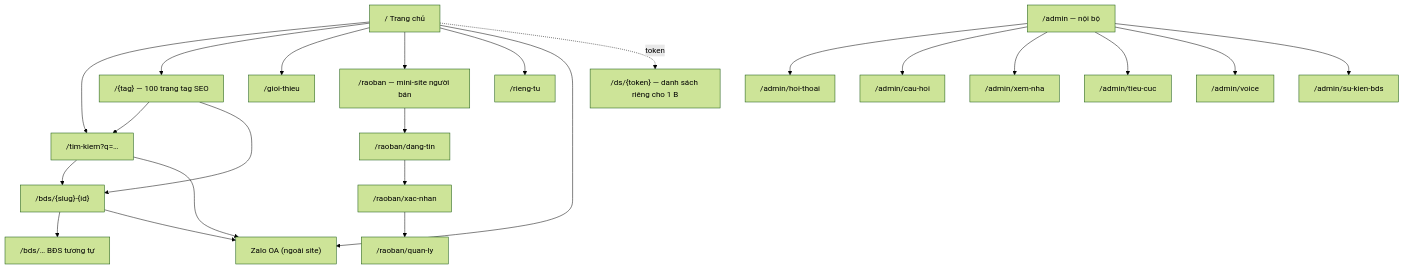
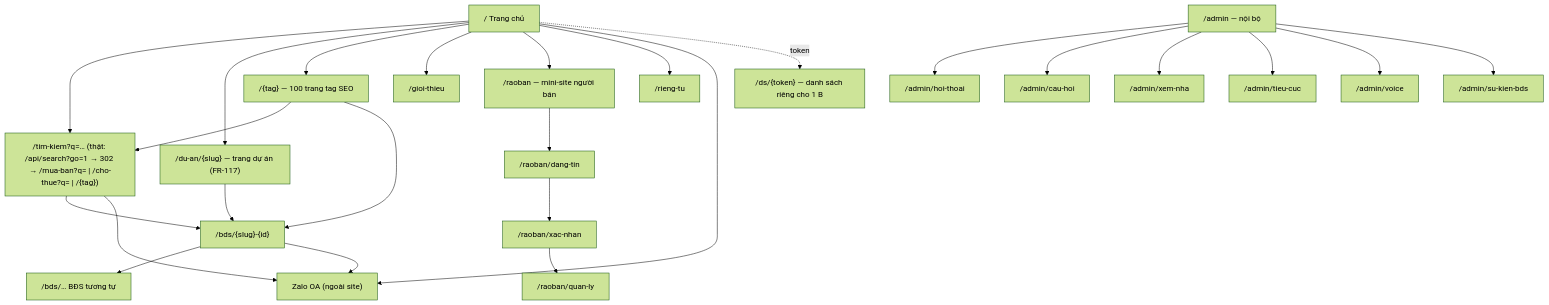
Before and after one commit to quang507/Nhadat.cc: the first of 2 diagrams in docs/04-information-architecture.md, drawn with Mermaid (forest theme). The commit also changed other lines of this file and 34 other files, not shown here.

````diff
--- a/docs/04-information-architecture.md
+++ b/docs/04-information-architecture.md
@@ -16,25 +16,27 @@
 ```mermaid
 flowchart TD
-    H["/ Trang chủ"] --> S["/tim-kiem?q=…"]
+    H["/ Trang chủ"] --> S["/tim-kiem?q=… (thật: /api/search?go=1 → 302 → /mua-ban?q= | /cho-thue?q= | /{tag})"]
+    H --> DA["/du-an/{slug} — trang dự án (FR-117)"]
+    DA --> DT
     H --> T["/{tag} — 100 trang tag SEO"]
     H --> AB["/gioi-thieu"]
     H --> RB["/raoban — mini-site người bán"]
     H --> PV["/rieng-tu"]
     S --> DT["/bds/{slug}-{id}"]
     T --> S
     T --> DT
     DT --> DT2["/bds/… BĐS tương tự"]
     DT --> ZL["Zalo OA (ngoài site)"]
     S --> ZL
     H --> ZL
     RB --> RB1["/raoban/dang-tin"]
     RB1 --> RB2["/raoban/xac-nhan"]
     RB2 --> RB3["/raoban/quan-ly"]
     H -.token.-> DS["/ds/{token} — danh sách riêng cho 1 B"]
     ADM["/admin — nội bộ"] --> A1["/admin/hoi-thoai"]
     ADM --> A2["/admin/cau-hoi"]
     ADM --> A3["/admin/xem-nha"]
     ADM --> A4["/admin/tieu-cuc"]
     ADM --> A5["/admin/voice"]
     ADM --> A6["/admin/su-kien-bds"]
 ```
````
